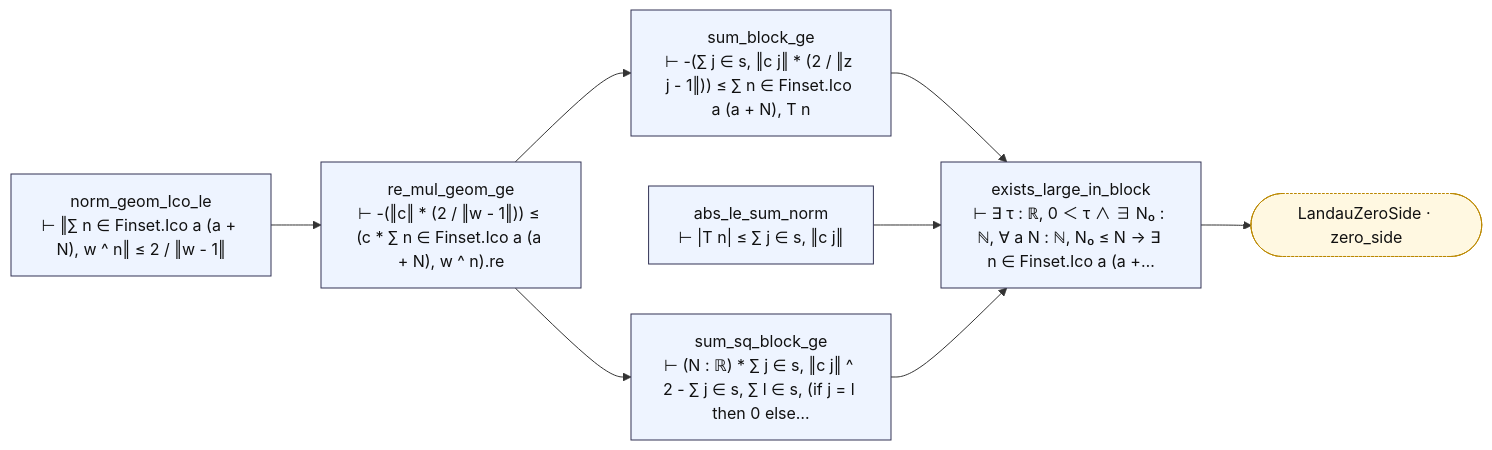
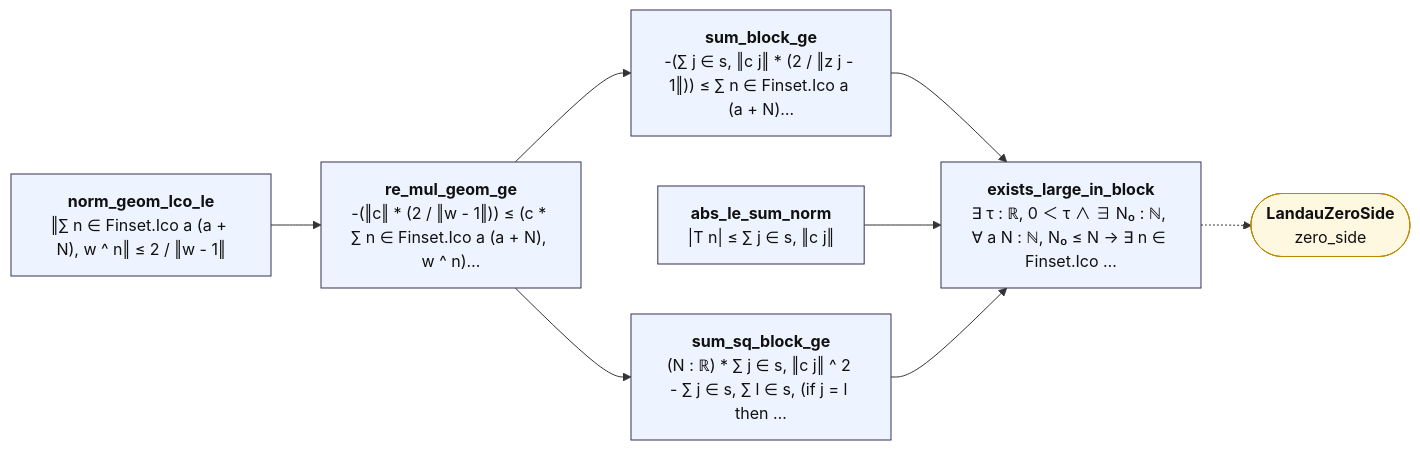
The diagram in map/lean_stage3/LandauTrig.md (juliansambranojr/Primebeat_081426), drawn with Mermaid before and after one commit. The commit also changed other lines of this file and 387 other files, not shown here.

````diff
--- a/map/lean_stage3/LandauTrig.md
+++ b/map/lean_stage3/LandauTrig.md
@@ -8,23 +12,22 @@
 ```mermaid
 flowchart LR
-  n0["norm_geom_Ico_le<br/>⊢ ‖∑ n ∈ Finset.Ico a (a + N), w ^ n‖ ≤ 2 / ‖w - 1‖"]:::thm
-  n1["re_mul_geom_ge<br/>⊢ -(‖c‖ * (2 / ‖w - 1‖)) ≤ (c * ∑ n ∈ Finset.Ico a (a + N), w ^ n).re"]:::thm
-  n2["sum_block_ge<br/>⊢ -(∑ j ∈ s, ‖c j‖ * (2 / ‖z j - 1‖)) ≤ ∑ n ∈ Finset.Ico a (a + N), T n"]:::thm
-  n3["abs_le_sum_norm<br/>⊢ |T n| ≤ ∑ j ∈ s, ‖c j‖"]:::thm
-  n4["sum_sq_block_ge<br/>⊢ (N : ℝ) * ∑ j ∈ s, ‖c j‖ ^ 2 - ∑ j ∈ s, ∑ l ∈ s, (if j = l then 0 else…"]:::thm
-  n5["exists_large_in_block<br/>⊢ ∃ τ : ℝ, 0 ＜ τ ∧ ∃ N₀ : ℕ, ∀ a N : ℕ, N₀ ≤ N → ∃ n ∈ Finset.Ico a (a +…"]:::thm
-  x0(["LandauZeroSide · zero_side"]):::ext
+  n0["<b>norm_geom_Ico_le</b><br/>‖∑ n ∈ Finset.Ico a (a + N), w ^ n‖ ≤ 2 / ‖w - 1‖"]:::thm
+  n1["<b>re_mul_geom_ge</b><br/>-(‖c‖ * (2 / ‖w - 1‖)) ≤ (c * ∑ n ∈ Finset.Ico a (a + N), w ^ n)…"]:::thm
+  n2["<b>sum_block_ge</b><br/>-(∑ j ∈ s, ‖c j‖ * (2 / ‖z j - 1‖)) ≤ ∑ n ∈ Finset.Ico a (a + N)…"]:::thm
+  n3["<b>abs_le_sum_norm</b><br/>|T n| ≤ ∑ j ∈ s, ‖c j‖"]:::thm
+  n4["<b>sum_sq_block_ge</b><br/>(N : ℝ) * ∑ j ∈ s, ‖c j‖ ^ 2 - ∑ j ∈ s, ∑ l ∈ s, (if j = l then …"]:::thm
+  n5["<b>exists_large_in_block</b><br/>∃ τ : ℝ, 0 ＜ τ ∧ ∃ N₀ : ℕ, ∀ a N : ℕ, N₀ ≤ N → ∃ n ∈ Finset.Ico …"]:::thm
+  x0(["<b>LandauZeroSide</b><br/>zero_side"]):::ext
   n0 --> n1
   n1 --> n2
   n1 --> n4
   n2 --> n5
   n3 --> n5
   n4 --> n5
-  n5 --> x0
+  n5 -.-> x0
   classDef thm fill:#eef4ff,stroke:#335,color:#111
-  classDef dfn fill:#f2f2f2,stroke:#777,color:#111
   classDef end_ fill:#e7f7e7,stroke:#2a7,color:#111,stroke-width:2px
   classDef lone fill:#fff,stroke:#999,color:#111,stroke-dasharray:4 3
   classDef bad fill:#ffe5e5,stroke:#c22,color:#111,stroke-width:2px
-  classDef ext fill:#fff8e1,stroke:#b80,color:#111,stroke-dasharray:2 2
+  classDef ext fill:#fff8e1,stroke:#b80,color:#111
 ```
````
